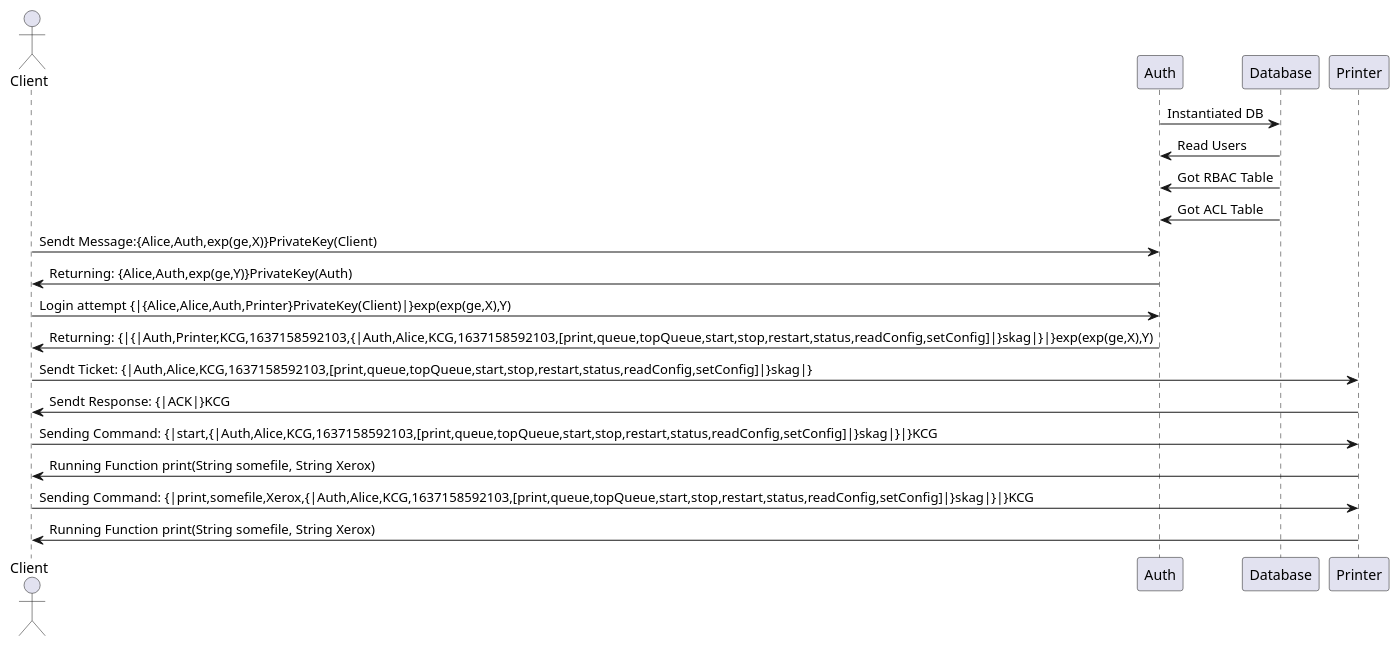
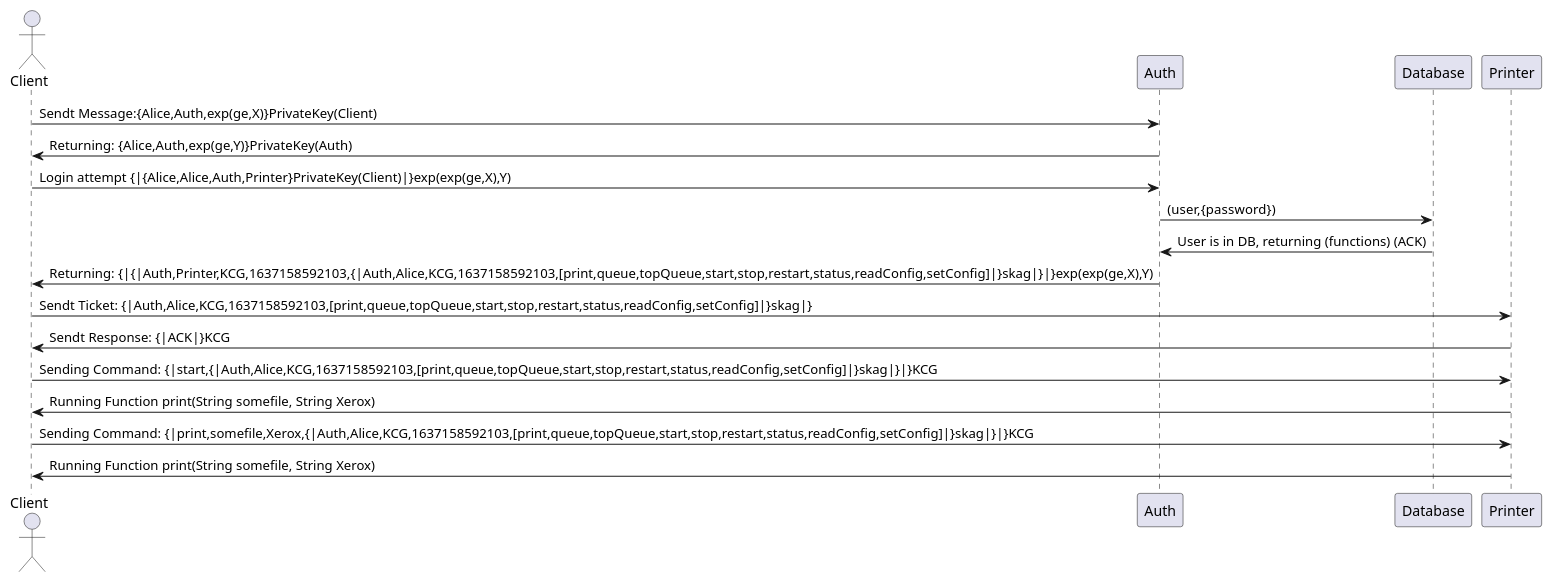
The first of 2 diagrams in printer/sequence-diagram.puml (Shuhab-Siddigi/Authentication), drawn with PlantUML before and after one commit. The commit also changed other lines of this file, not shown here.

Commit message:
seqeunce diagram done

```diff
--- a/printer/sequence-diagram.puml
+++ b/printer/sequence-diagram.puml
@@ -1,26 +1,23 @@
 @startuml ACL 
 actor Client as C
 participant Auth as A
 participant Database as DB
 participant Printer as P
 
-
-A -> DB: Instantiated DB
-DB -> A: Read Users
-DB -> A: Got RBAC Table
-DB -> A: Got ACL Table
-
 C -> A: Sendt Message:{Alice,Auth,exp(ge,X)}PrivateKey(Client)
 A -> C: Returning: {Alice,Auth,exp(ge,Y)}PrivateKey(Auth)
-C -> A: Login attempt {|{Alice,Alice,Auth,Printer}PrivateKey(Client)|}exp(exp(ge,X),Y) 
+
+C -> A: Login attempt {|{Alice,Alice,Auth,Printer}PrivateKey(Client)|}exp(exp(ge,X),Y)
+A -> DB : (user,{password})
+DB -> A: User is in DB, returning (functions) (ACK)
 A -> C: Returning: {|{|Auth,Printer,KCG,1637158592103,{|Auth,Alice,KCG,1637158592103,[print,queue,topQueue,start,stop,restart,status,readConfig,setConfig]|}skag|}|}exp(exp(ge,X),Y)
 
 C -> P: Sendt Ticket: {|Auth,Alice,KCG,1637158592103,[print,queue,topQueue,start,stop,restart,status,readConfig,setConfig]|}skag|}
 P -> C: Sendt Response: {|ACK|}KCG
+
 C -> P: Sending Command: {|start,{|Auth,Alice,KCG,1637158592103,[print,queue,topQueue,start,stop,restart,status,readConfig,setConfig]|}skag|}|}KCG
 P -> C: Running Function print(String somefile, String Xerox)
+
 C -> P: Sending Command: {|print,somefile,Xerox,{|Auth,Alice,KCG,1637158592103,[print,queue,topQueue,start,stop,restart,status,readConfig,setConfig]|}skag|}|}KCG
 P -> C: Running Function print(String somefile, String Xerox)
-
-
 @enduml
```
